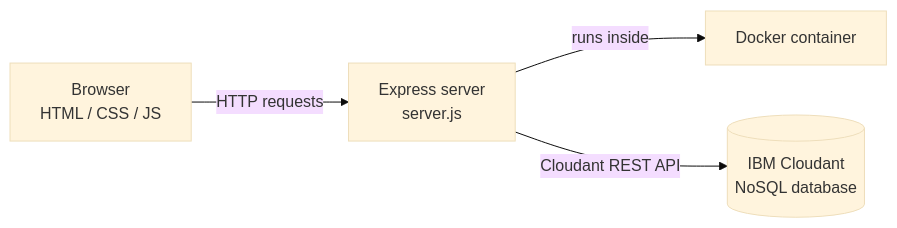
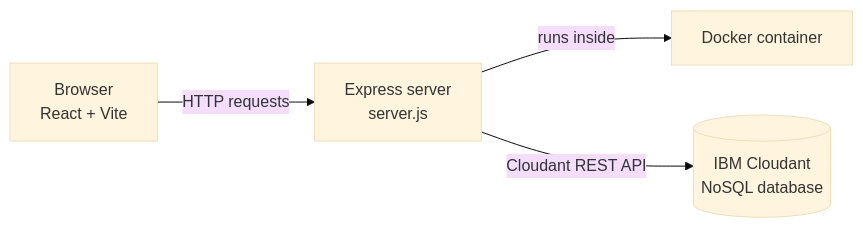
Before and after one commit to abdul-samad-001/cloudant-task-manager: the diagram in README.md, drawn with Mermaid (base theme). The commit also changed other lines of this file and 31 other files, not shown here.

````diff
--- a/README.md
+++ b/README.md
@@ -39,6 +39,6 @@
 ```mermaid
 flowchart LR
-    A[Browser<br/>HTML / CSS / JS] -->|HTTP requests| B[Express server<br/>server.js]
+    A[Browser<br/>React + Vite] -->|HTTP requests| B[Express server<br/>server.js]
     B -->|runs inside| C[Docker container]
     B -->|Cloudant REST API| D[(IBM Cloudant<br/>NoSQL database)]
 ```
````
